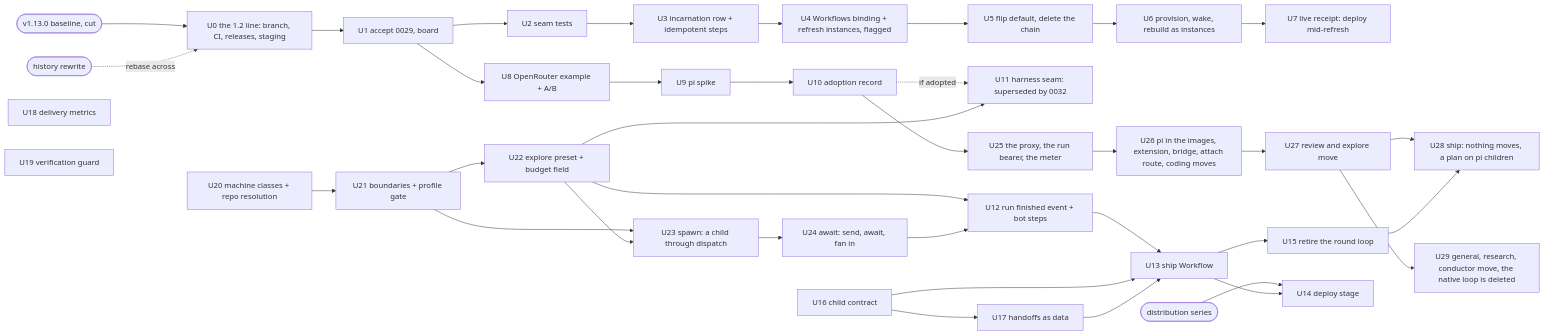
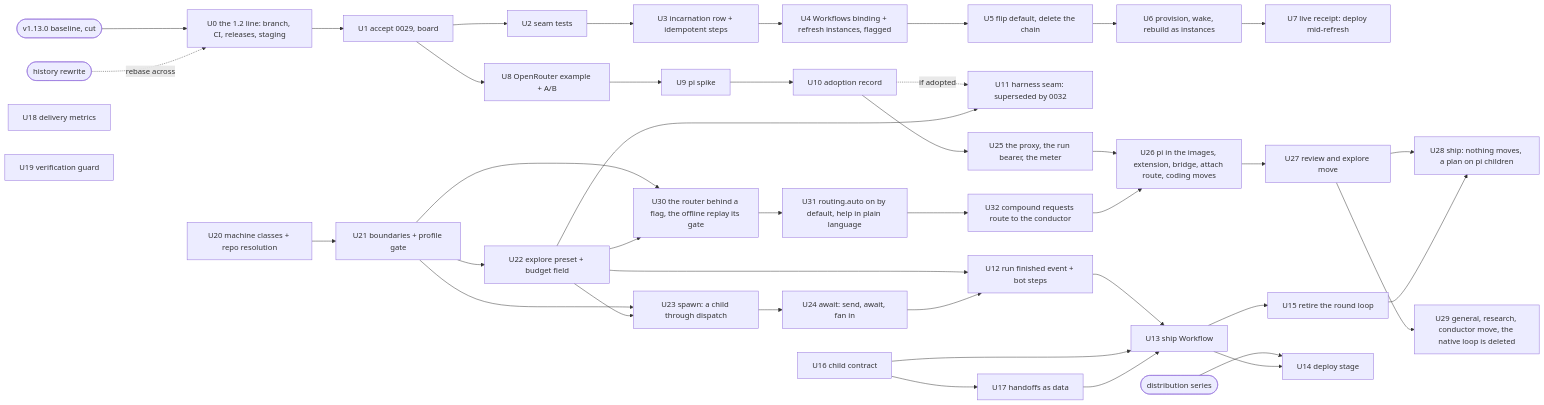
The first of 2 diagrams in docs/plans/2026-09-10-001-feat-orchestration-program-plan.md (coreplanelabs/switchboard), drawn with Mermaid before and after one commit. The commit also changed other lines of this file, not shown here.

First line of the commit message:
docs(agents): the program plan puts the front door first — a request routes itself to a preset, and the pi series waits behind it

````diff
--- a/docs/plans/2026-09-10-001-feat-orchestration-program-plan.md
+++ b/docs/plans/2026-09-10-001-feat-orchestration-program-plan.md
@@ -157,39 +168,44 @@
 ```mermaid
 flowchart LR
     G0([v1.13.0 baseline, cut]) --> U0[U0 the 1.2 line: branch, CI, releases, staging]
     U0 --> U1[U1 accept 0029, board]
     U1 --> U2[U2 seam tests]
     G1([history rewrite]) -. rebase across .-> U0
     U2 --> U3[U3 incarnation row + idempotent steps]
     U3 --> U4[U4 Workflows binding + refresh instances, flagged]
     U4 --> U5[U5 flip default, delete the chain]
     U5 --> U6[U6 provision, wake, rebuild as instances]
     U6 --> U7[U7 live receipt: deploy mid-refresh]
     U1 --> U8[U8 OpenRouter example + A/B]
     U8 --> U9[U9 pi spike]
     U9 --> U10[U10 adoption record]
     U10 -. if adopted .-> U11[U11 harness seam: superseded by 0032]
     U10 --> U25[U25 the proxy, the run bearer, the meter]
     U25 --> U26[U26 pi in the images, extension, bridge, attach route, coding moves]
+    U21 --> U30[U30 the router behind a flag, the offline replay its gate]
+    U22 --> U30
+    U30 --> U31[U31 routing.auto on by default, help in plain language]
+    U31 --> U32[U32 compound requests route to the conductor]
+    U32 --> U26
     U26 --> U27[U27 review and explore move]
     U27 --> U28[U28 ship: nothing moves, a plan on pi children]
     U15 --> U28
     U27 --> U29[U29 general, research, conductor move, the native loop is deleted]
     U20[U20 machine classes + repo resolution] --> U21[U21 boundaries + profile gate]
     U21 --> U22[U22 explore preset + budget field]
     U21 --> U23[U23 spawn: a child through dispatch]
     U22 --> U23
     U23 --> U24[U24 await: send, await, fan in]
     U22 --> U11
     U22 --> U12
     U24 --> U12[U12 run finished event + bot steps]
     U12 --> U13[U13 ship Workflow]
     G4([distribution series]) --> U14[U14 deploy stage]
     U13 --> U14
     U13 --> U15[U15 retire the round loop]
     U16[U16 child contract] --> U13
     U16 --> U17[U17 handoffs as data]
     U17 --> U13
     U18[U18 delivery metrics]
     U19[U19 verification guard]
 ```
````
